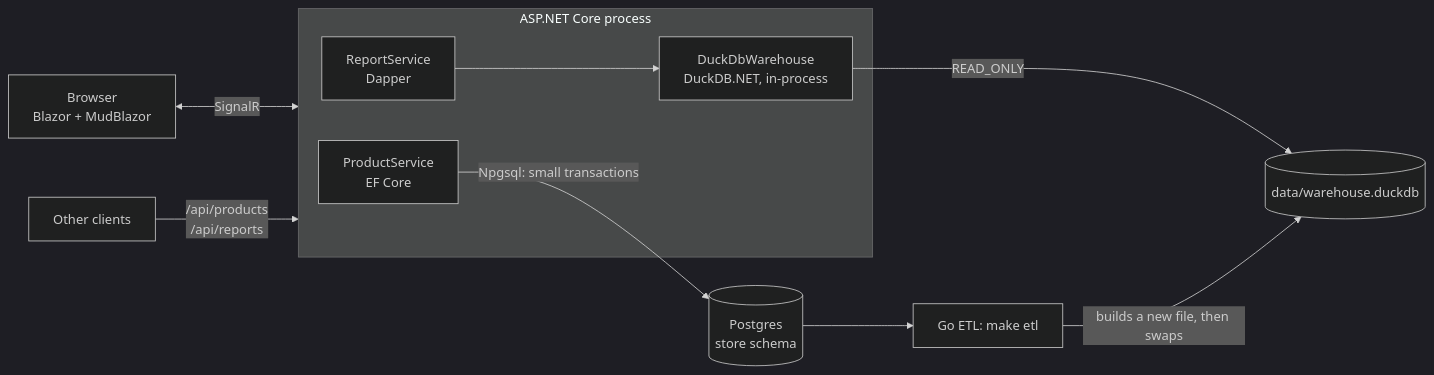
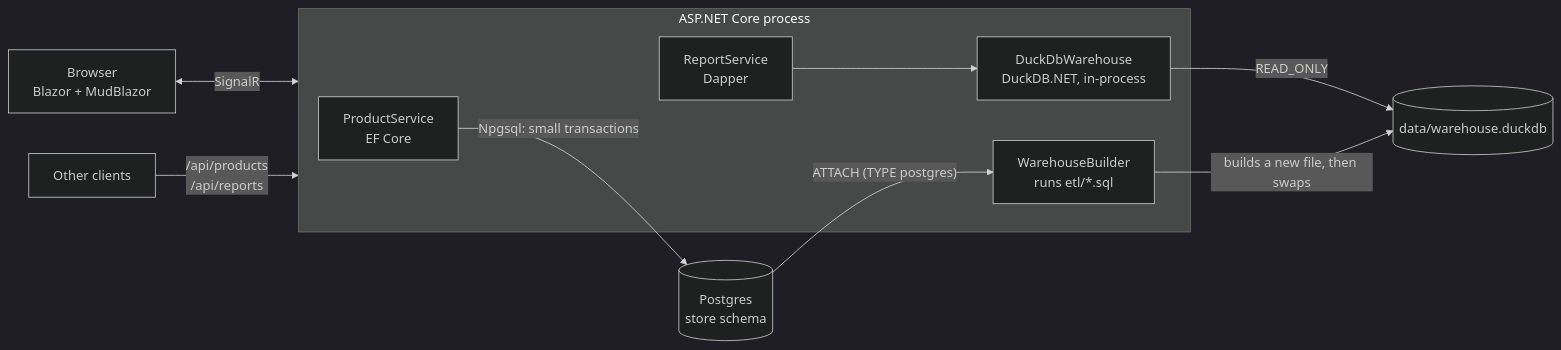
The diagram in dotnet/README.md (irlm/duckstore), drawn with Mermaid (dark theme) before and after one commit. The commit also changed other lines of this file and 2 other files, not shown here.

First line of the commit message:
Docs: the .NET app now includes the ETL; make dotnet-etl

````diff
--- a/dotnet/README.md
+++ b/dotnet/README.md
@@ -12,15 +14,16 @@
 ```mermaid
 flowchart LR
     browser["Browser<br/>Blazor + MudBlazor"] <-->|SignalR| app
     client["Other clients"] -->|"/api/products<br/>/api/reports"| app
     subgraph app["ASP.NET Core process"]
         ps["ProductService<br/>EF Core"]
         rs["ReportService<br/>Dapper"]
         wh["DuckDbWarehouse<br/>DuckDB.NET, in-process"]
+        etl["WarehouseBuilder<br/>runs etl/*.sql"]
         rs --> wh
     end
     ps -->|"Npgsql: small transactions"| PG[("Postgres<br/>store schema")]
     wh -->|"READ_ONLY"| DW[("data/warehouse.duckdb")]
-    etl["Go ETL: make etl"] -->|"builds a new file, then swaps"| DW
-    PG --> etl
+    PG -->|"ATTACH (TYPE postgres)"| etl
+    etl -->|"builds a new file, then swaps"| DW
 ```
````
